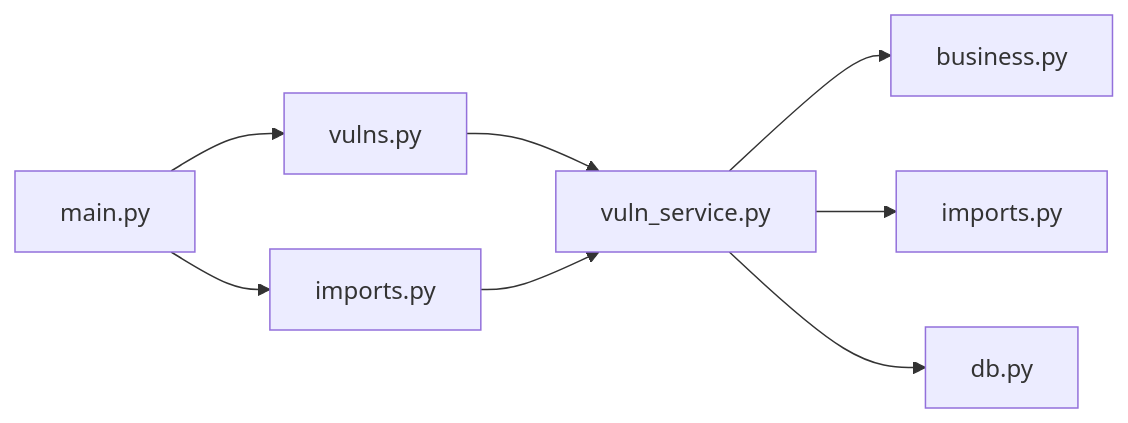
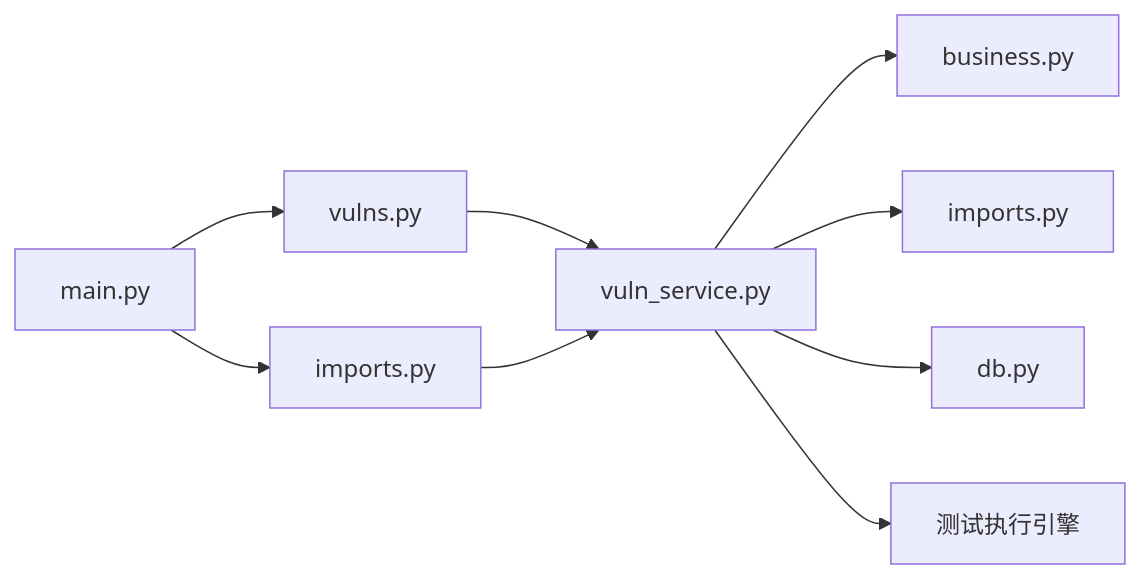
The seventh of 7 diagrams in .qoder/repowiki/zh/content/后端API文档/漏洞管理API.md (vu1Art1st/talos), drawn with Mermaid before and after one commit. The commit also changed other lines of this file and 129 other files, not shown here.

````diff
--- a/.qoder/repowiki/zh/content/后端API文档/漏洞管理API.md
+++ b/.qoder/repowiki/zh/content/后端API文档/漏洞管理API.md
@@ -442,10 +513,11 @@
 ```mermaid
 graph LR
 VulnsAPI["vulns.py"] --> VulnService["vuln_service.py"]
 ImportsAPI["imports.py"] --> VulnService
 VulnService --> BusinessModels["business.py"]
 VulnService --> ImportModels["imports.py"]
 VulnService --> DB["db.py"]
+VulnService --> TestEngine["测试执行引擎"]
 Main["main.py"] --> VulnsAPI
 Main --> ImportsAPI
 ```
````
